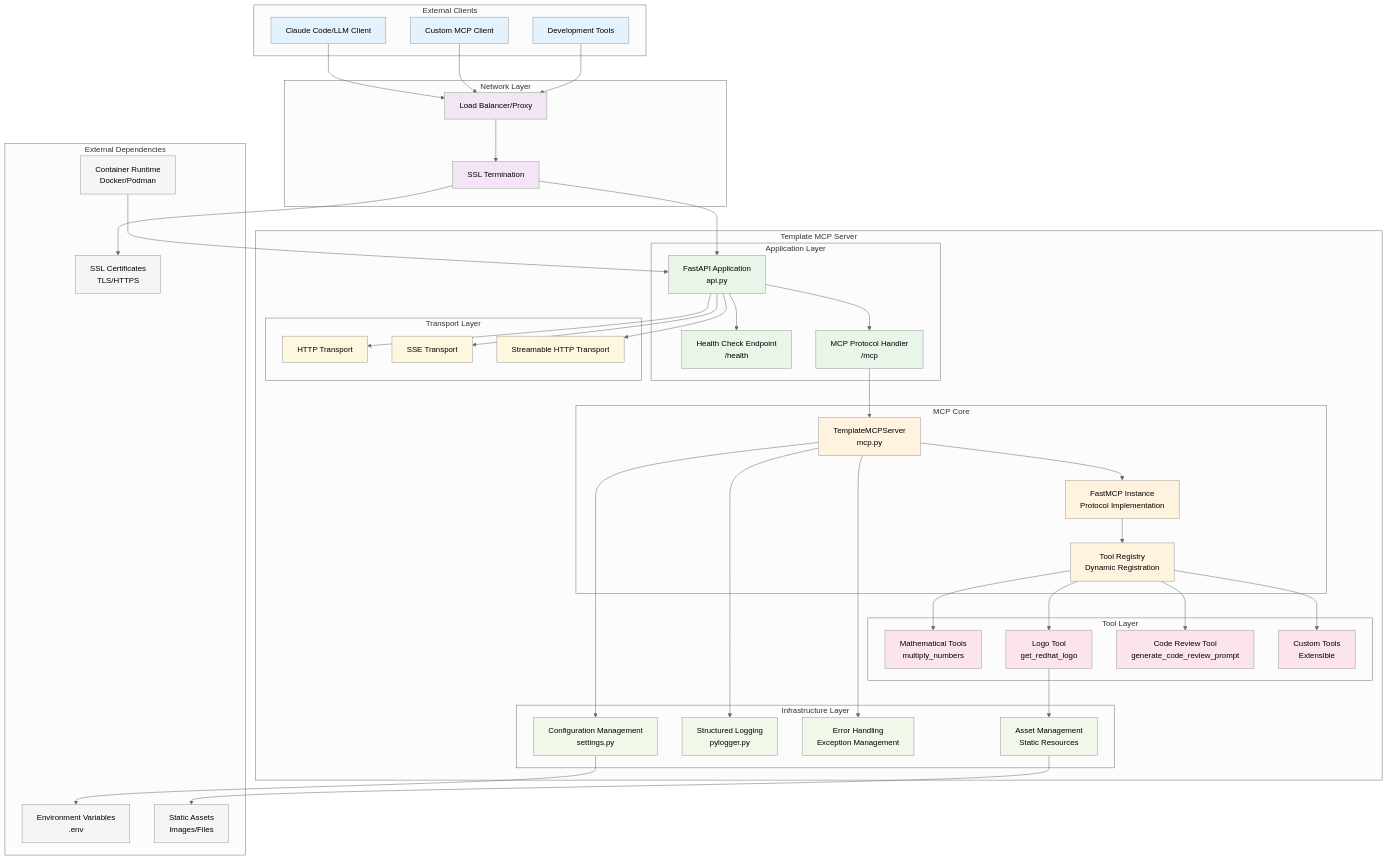
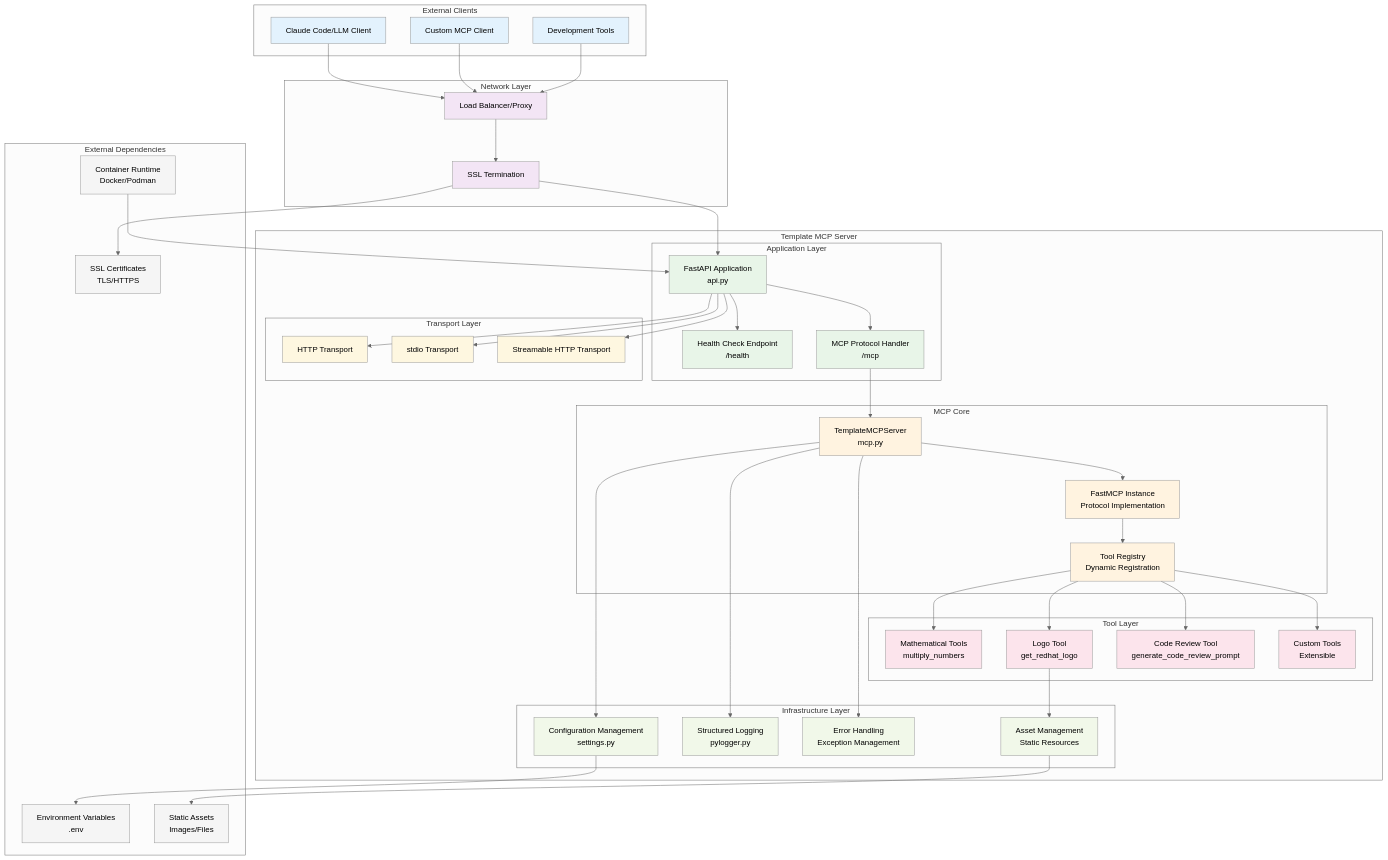
The first of 2 diagrams in docs/architecture.md (redhat-data-and-ai/template-mcp-server), drawn with Mermaid (neutral theme) before and after one commit. The commit also changed other lines of this file and 12 other files, not shown here.

```diff
--- a/docs/architecture.md
+++ b/docs/architecture.md
@@ -44,7 +44,7 @@
 
         subgraph "Transport Layer"
             T[HTTP Transport]
-            U[SSE Transport]
+            U[stdio Transport]
             V[Streamable HTTP Transport]
         end
     end
```
